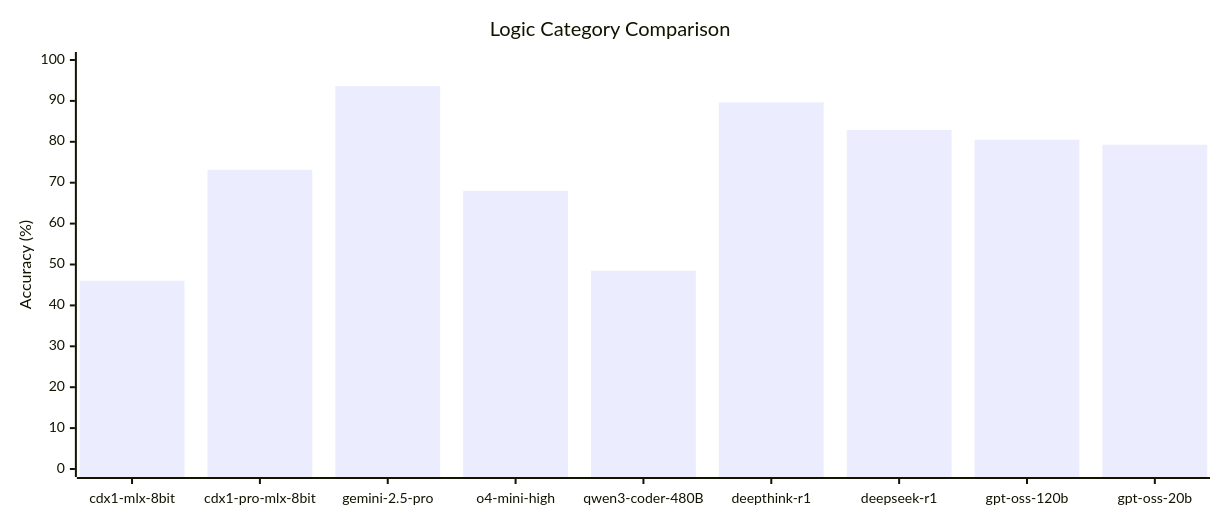
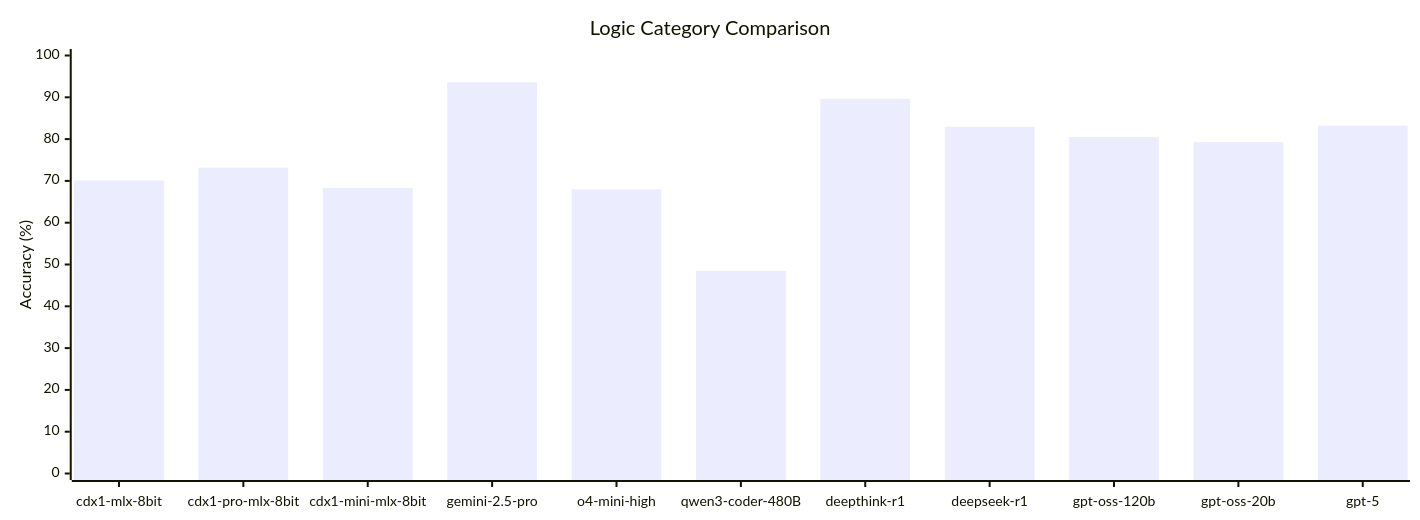
Before and after one commit to CycloneDX/cdxgen: the first of 2 diagrams in contrib/cdx1/REPORT.md, drawn with Mermaid. The commit also changed other lines of this file, not shown here.

Commit message:
Update cdx1 report

````diff
--- a/contrib/cdx1/REPORT.md
+++ b/contrib/cdx1/REPORT.md
@@ -40,13 +64,13 @@
 ```mermaid
 ---
 config:
   xyChart:
-    width: 1200
+    width: 1400
 ---
 %%{init: {'theme': 'default'}}%%
 xychart-beta
     title "Logic Category Comparison"
-    x-axis [cdx1-mlx-8bit, cdx1-pro-mlx-8bit, gemini-2.5-pro, o4-mini-high, qwen3-coder-480B, deepthink-r1, deepseek-r1, gpt-oss-120b, gpt-oss-20b]
+    x-axis [cdx1-mlx-8bit, cdx1-pro-mlx-8bit, cdx1-mini-mlx-8bit, gemini-2.5-pro, o4-mini-high, qwen3-coder-480B, deepthink-r1, deepseek-r1, gpt-oss-120b, gpt-oss-20b, gpt-5]
     y-axis "Accuracy (%)" 0 --> 100
-    bar [46.04, 73.17, 93.6, 67.99, 48.48, 89.63, 82.92, 80.49, 79.27]
+    bar [70.12, 73.17, 68.29, 93.6, 67.99, 48.48, 89.63, 82.92, 80.49, 79.27, 83.23]
 ```
````
